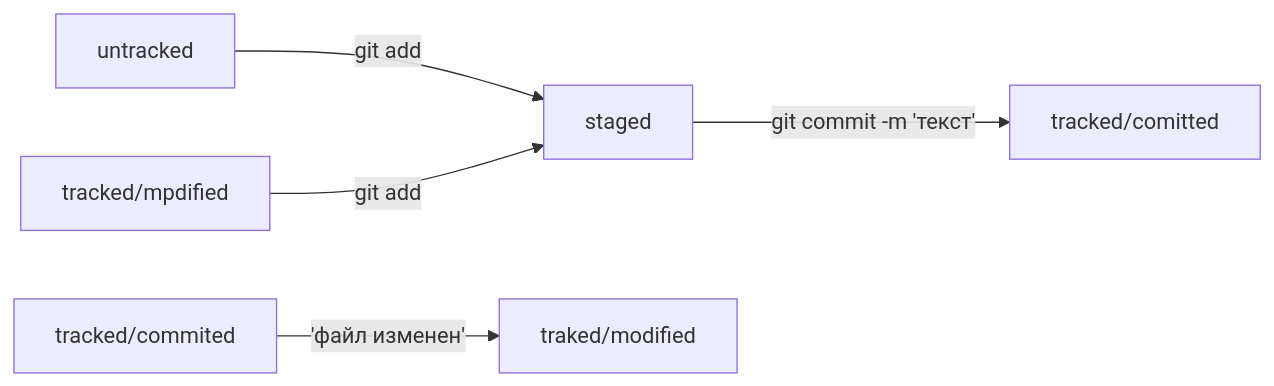
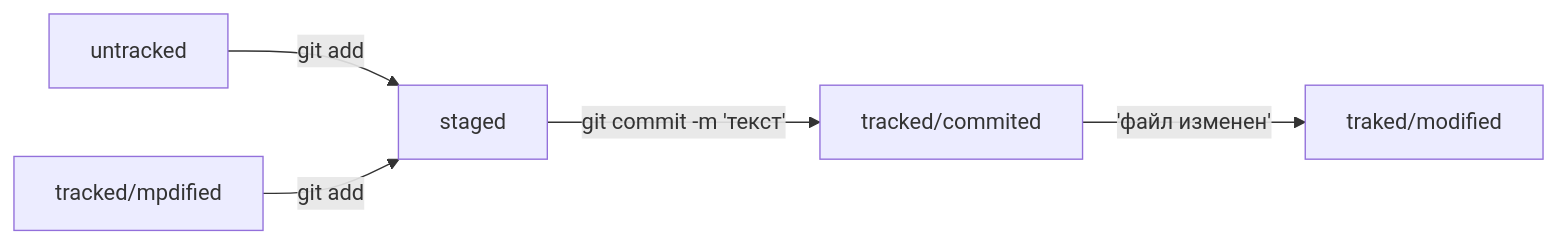
One commit to IgangdI/pr1 changed the diagram in README.md. Above: the diagram before and after it, drawn with Mermaid.

Commit message:
исправлена ошибка вывода диаграммы

````diff
--- a/README.md
+++ b/README.md
@@ -128,7 +128,7 @@
 ```mermaid
 graph LR;
   untracked -- "git add" --> staged;
-  staged    -- "git commit -m 'текст'"     --> tracked/comitted;
+  staged    -- "git commit -m 'текст'"     --> tracked/commited;
   tracked/commited -- 'файл изменен' --> traked/modified;
   tracked/mpdified -- "git add" --> staged;
 ```
````
